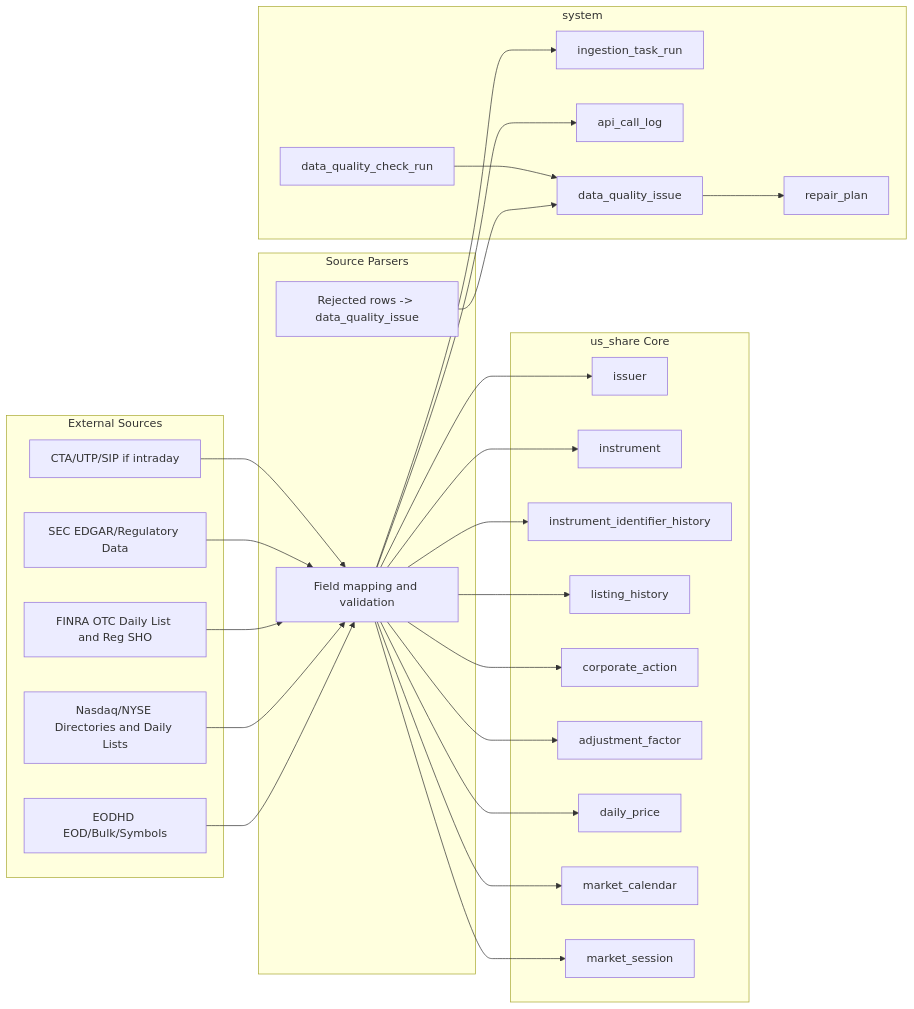
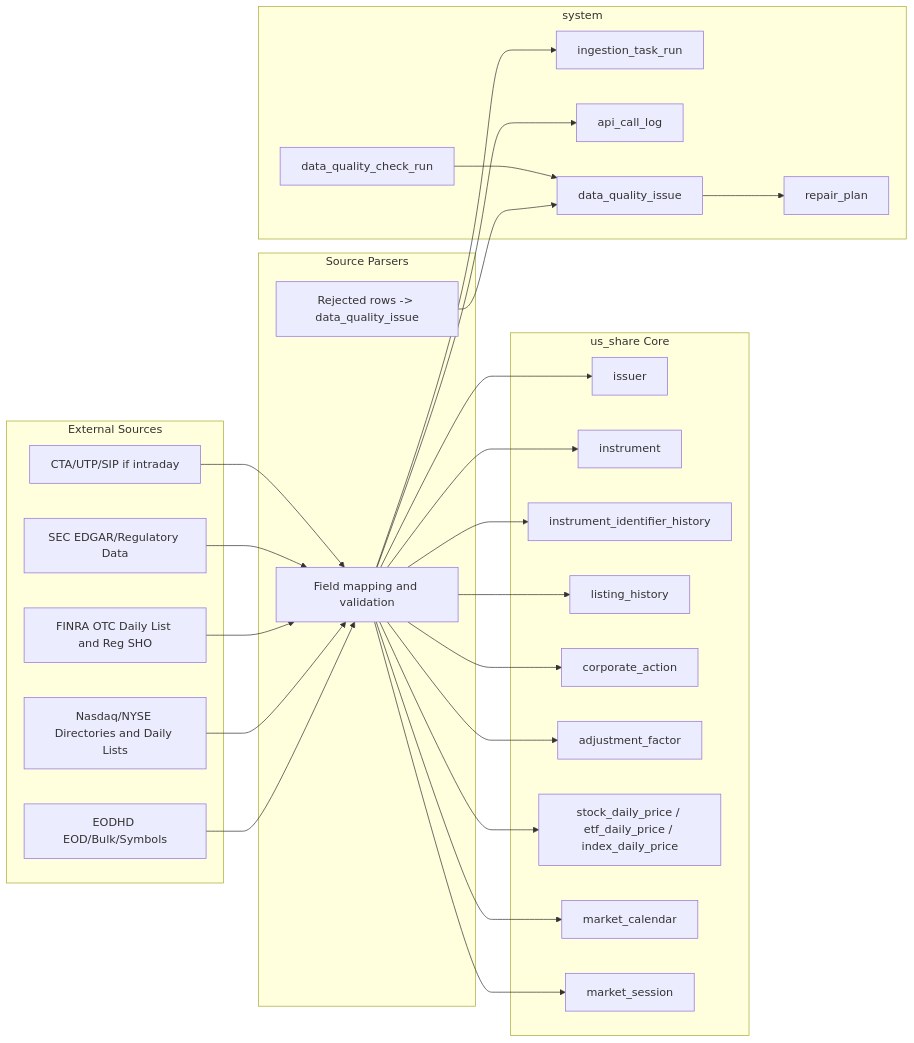
One commit to jay-den-21/Meridian-J21-quant-terminal changed the first of 2 diagrams in database_system_cli/docs/us_equity_database_architecture_report.md. Above: the diagram before and after it, drawn with Mermaid. The commit also changed other lines of this file and 31 other files, not shown here.

````diff
--- a/database_system_cli/docs/us_equity_database_architecture_report.md
+++ b/database_system_cli/docs/us_equity_database_architecture_report.md
@@ -308,55 +308,55 @@
 ```mermaid
 flowchart LR
     subgraph Sources[External Sources]
         EODHD["EODHD EOD/Bulk/Symbols"]
         EXCH["Nasdaq/NYSE Directories and Daily Lists"]
         FINRA["FINRA OTC Daily List and Reg SHO"]
         SEC["SEC EDGAR/Regulatory Data"]
         SIP["CTA/UTP/SIP if intraday"]
     end
 
     subgraph Parse[Source Parsers]
         Parser["Field mapping and validation"]
         Reject["Rejected rows -> data_quality_issue"]
     end
 
     subgraph Core[us_share Core]
         Issuer["issuer"]
         Instrument["instrument"]
         IdHist["instrument_identifier_history"]
         Listing["listing_history"]
         Corp["corporate_action"]
         Factor["adjustment_factor"]
-        Daily["daily_price"]
+        Daily["stock_daily_price / etf_daily_price / index_daily_price"]
         Calendar["market_calendar"]
         Session["market_session"]
     end
 
     subgraph System[system]
         Task["ingestion_task_run"]
         Api["api_call_log"]
         DqRun["data_quality_check_run"]
         DqIssue["data_quality_issue"]
         Repair["repair_plan"]
     end
 
     EODHD --> Parser
     EXCH --> Parser
     FINRA --> Parser
     SEC --> Parser
     SIP --> Parser
     Parser --> Issuer
     Parser --> Instrument
     Parser --> IdHist
     Parser --> Listing
     Parser --> Corp
     Parser --> Factor
     Parser --> Daily
     Parser --> Calendar
     Parser --> Session
     Parser --> Task
     Parser --> Api
     Reject --> DqIssue
     DqIssue --> Repair
     DqRun --> DqIssue
 ```
````
